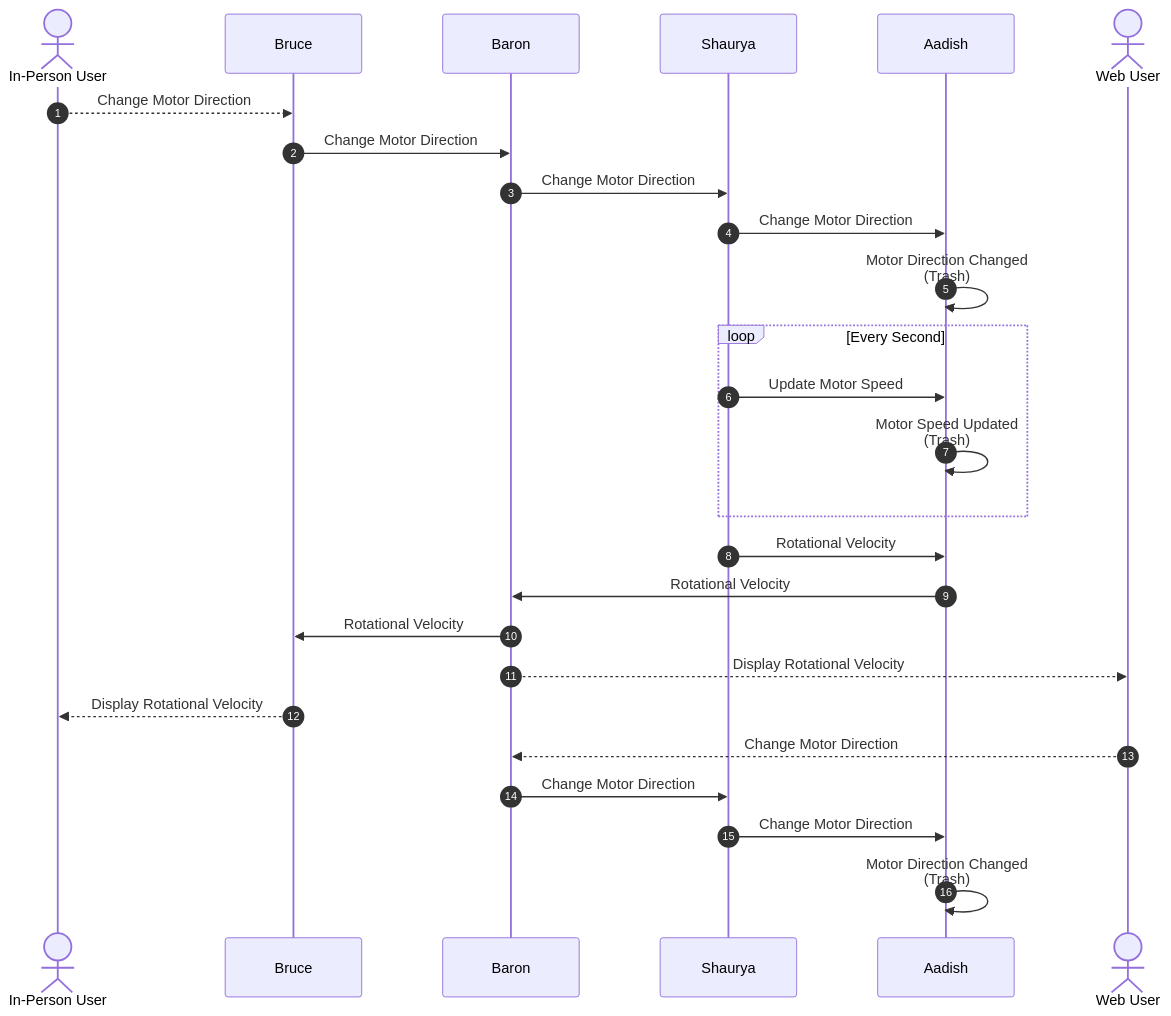
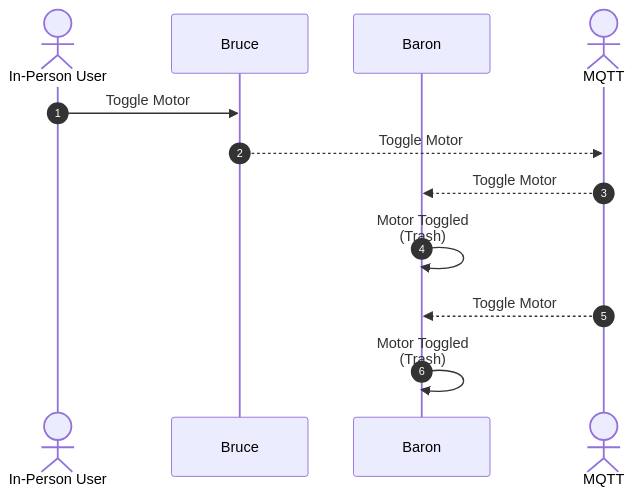
Before and after one commit to EGR314-2025-S-309B/EGR314-2025-S-309B.github.io: the diagram in docs/Block-Process-Diagrams-Message-Structure.md, drawn with Mermaid. The commit also changed other lines of this file, not shown here.

````diff
--- a/docs/Block-Process-Diagrams-Message-Structure.md
+++ b/docs/Block-Process-Diagrams-Message-Structure.md
@@ -17,25 +11,14 @@
 ``` mermaid
 sequenceDiagram
 autonumber
 actor In-Person User
-In-Person User-->>Bruce: Change Motor Direction
-Bruce->>Baron: Change Motor Direction
-Baron->>Shaurya: Change Motor Direction
-Shaurya->>Aadish: Change Motor Direction
-Aadish->>Aadish: Motor Direction Changed<br>(Trash)
-loop Every Second
-  Shaurya->>Aadish: Update Motor Speed
-  Aadish->>Aadish: Motor Speed Updated<br>(Trash)
-end
-Shaurya->>Aadish: Rotational Velocity
-Aadish->>Baron: Rotational Velocity
-Baron->>Bruce: Rotational Velocity
-actor Web User
-Baron-->>Web User: Display Rotational Velocity
-Bruce-->>In-Person User: Display Rotational Velocity
-actor Web User
-Web User-->>Baron: Change Motor Direction
-Baron->>Shaurya: Change Motor Direction
-Shaurya->>Aadish: Change Motor Direction
-Aadish->>Aadish: Motor Direction Changed<br>(Trash)
+participant Bruce
+participant Baron
+actor MQTT
+In-Person User->>Bruce: Toggle Motor
+Bruce-->>MQTT: Toggle Motor
+MQTT-->>Baron: Toggle Motor
+Baron->>Baron: Motor Toggled<br>(Trash)
+MQTT-->>Baron: Toggle Motor
+Baron->>Baron: Motor Toggled<br>(Trash)
 ```
````
